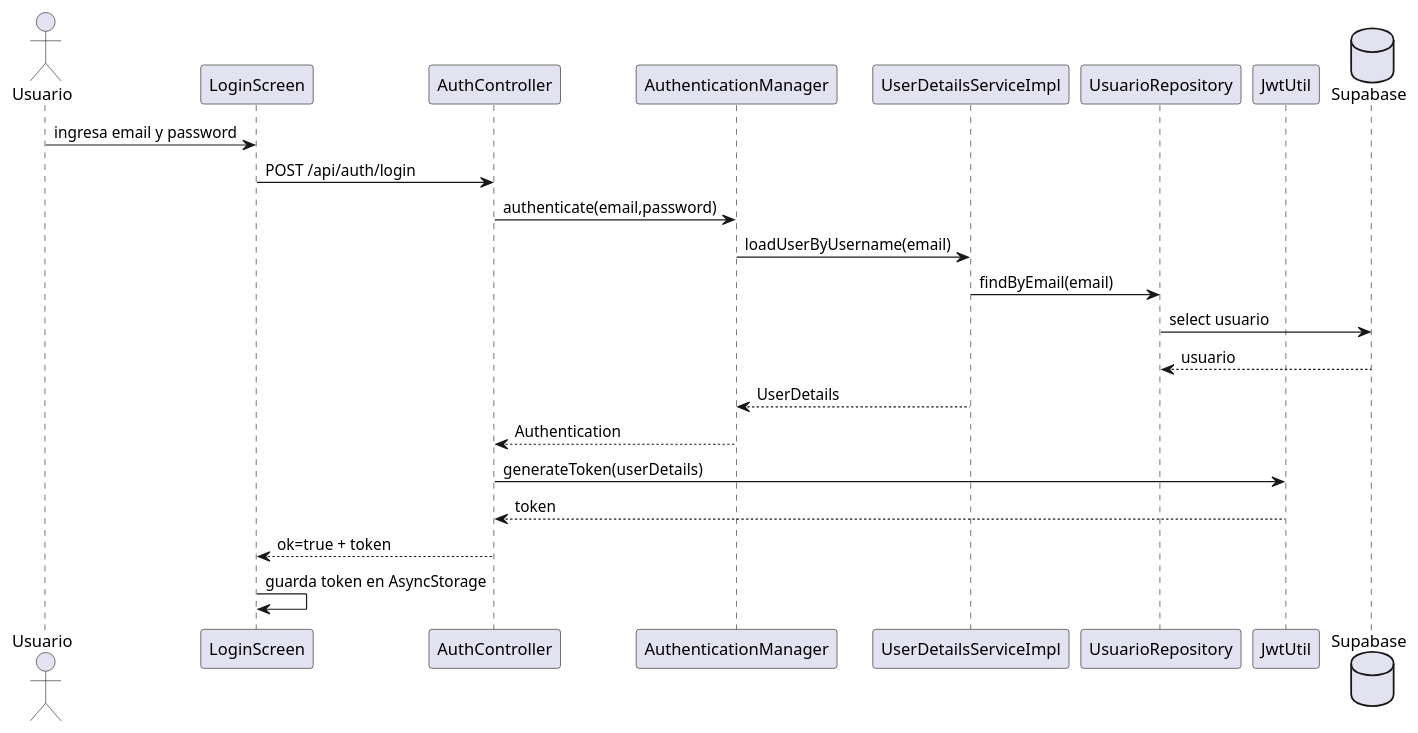
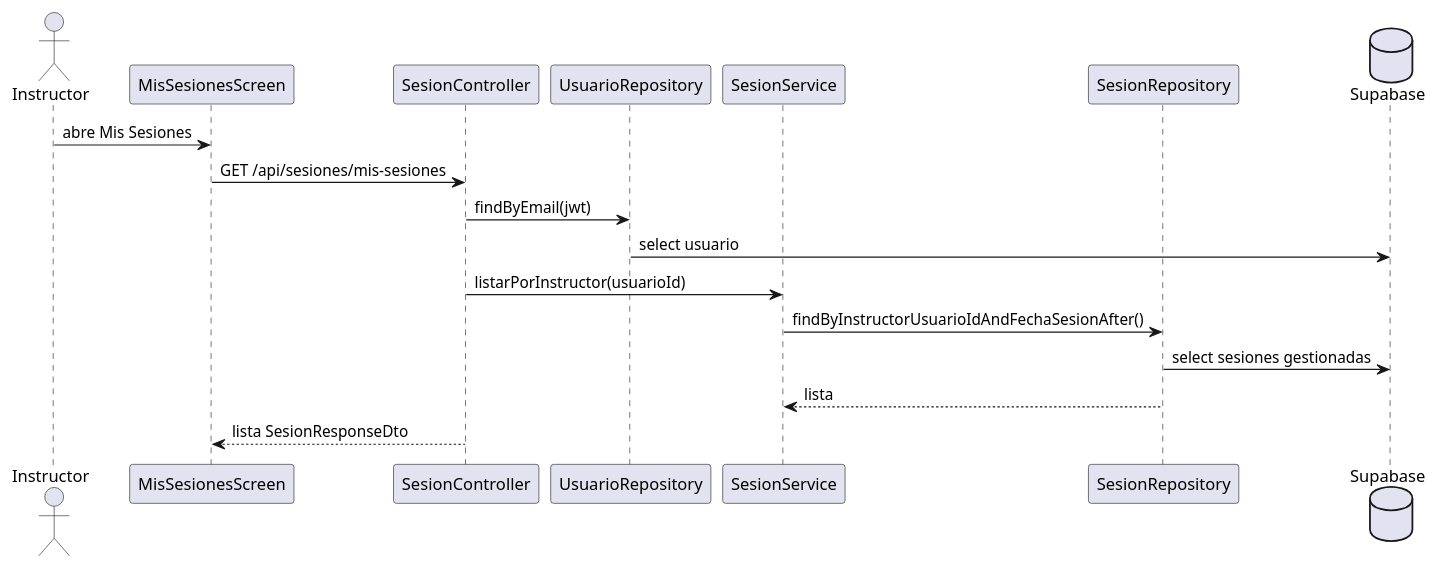
Before and after one commit to GioVxsquez/SkillSharing-IS2: the sixth of 19 diagrams in docs/analisis_release1_y_diagramas.md, drawn with PlantUML. The commit also changed other lines of this file and 3 other files, not shown here.

Commit message:
actualiza frontend y diagramas del release 1

````diff
--- a/docs/analisis_release1_y_diagramas.md
+++ b/docs/analisis_release1_y_diagramas.md
@@ -353,26 +454,21 @@
 ```plantuml
 @startuml
-actor Usuario
-participant "LoginScreen" as app
-participant "AuthController" as auth
-participant "AuthenticationManager" as manager
-participant "UserDetailsServiceImpl" as uds
-participant "UsuarioRepository" as repo
-participant "JwtUtil" as jwt
+actor Instructor
+participant "MisSesionesScreen" as app
+participant "SesionController" as ctrl
+participant "UsuarioRepository" as userRepo
+participant "SesionService" as service
+participant "SesionRepository" as repo
 database "Supabase" as db
 
-Usuario -> app : ingresa email y password
-app -> auth : POST /api/auth/login
-auth -> manager : authenticate(email,password)
-manager -> uds : loadUserByUsername(email)
-uds -> repo : findByEmail(email)
-repo -> db : select usuario
-db --> repo : usuario
-uds --> manager : UserDetails
-manager --> auth : Authentication
-auth -> jwt : generateToken(userDetails)
-jwt --> auth : token
-auth --> app : ok=true + token
-app -> app : guarda token en AsyncStorage
+Instructor -> app : abre Mis Sesiones
+app -> ctrl : GET /api/sesiones/mis-sesiones
+ctrl -> userRepo : findByEmail(jwt)
+userRepo -> db : select usuario
+ctrl -> service : listarPorInstructor(usuarioId)
+service -> repo : findByInstructorUsuarioIdAndFechaSesionAfter()
+repo -> db : select sesiones gestionadas
+repo --> service : lista
+ctrl --> app : lista SesionResponseDto
 @enduml
 ```
````
